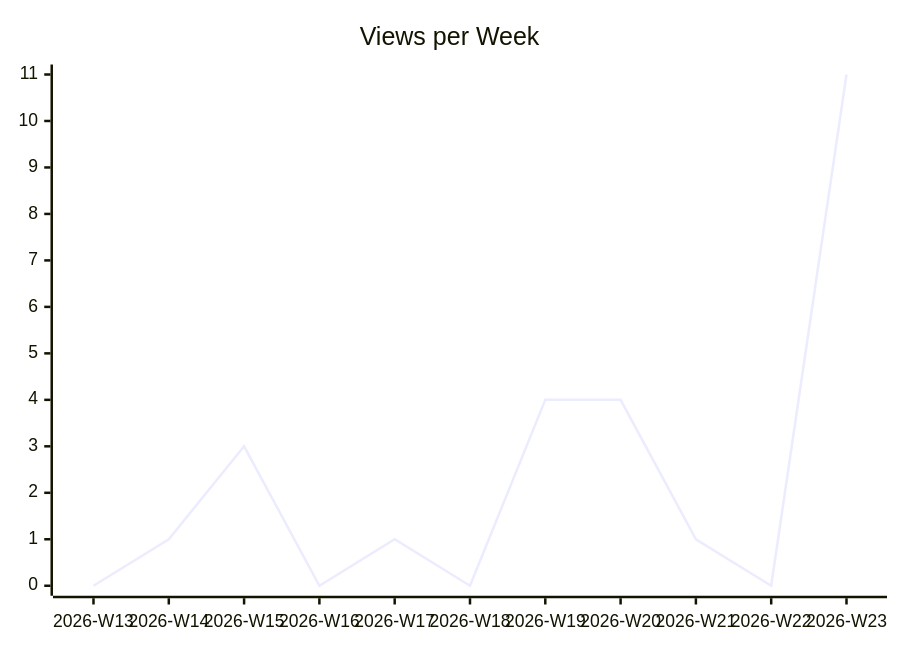
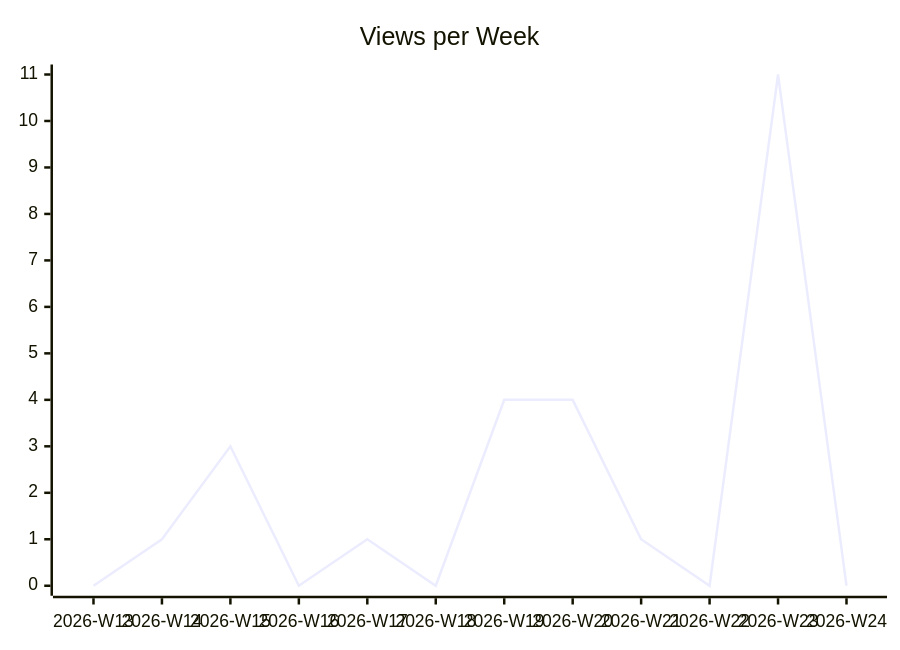
One commit to justdavis-family/github-analytics-data changed the second of 3 diagrams in justdavis-family/justdavis/README.md. Above: the diagram before and after it, drawn with Mermaid. The commit also changed other lines of this file and 189 other files, not shown here.

````diff
--- a/justdavis-family/justdavis/README.md
+++ b/justdavis-family/justdavis/README.md
@@ -12,6 +12,6 @@
 ```mermaid
 xychart-beta
   title "Views per Week"
-  x-axis ["2026-W13", "2026-W14", "2026-W15", "2026-W16", "2026-W17", "2026-W18", "2026-W19", "2026-W20", "2026-W21", "2026-W22", "2026-W23"]
-  line [0, 1, 3, 0, 1, 0, 4, 4, 1, 0, 11]
+  x-axis ["2026-W13", "2026-W14", "2026-W15", "2026-W16", "2026-W17", "2026-W18", "2026-W19", "2026-W20", "2026-W21", "2026-W22", "2026-W23", "2026-W24"]
+  line [0, 1, 3, 0, 1, 0, 4, 4, 1, 0, 11, 0]
 ```
````
